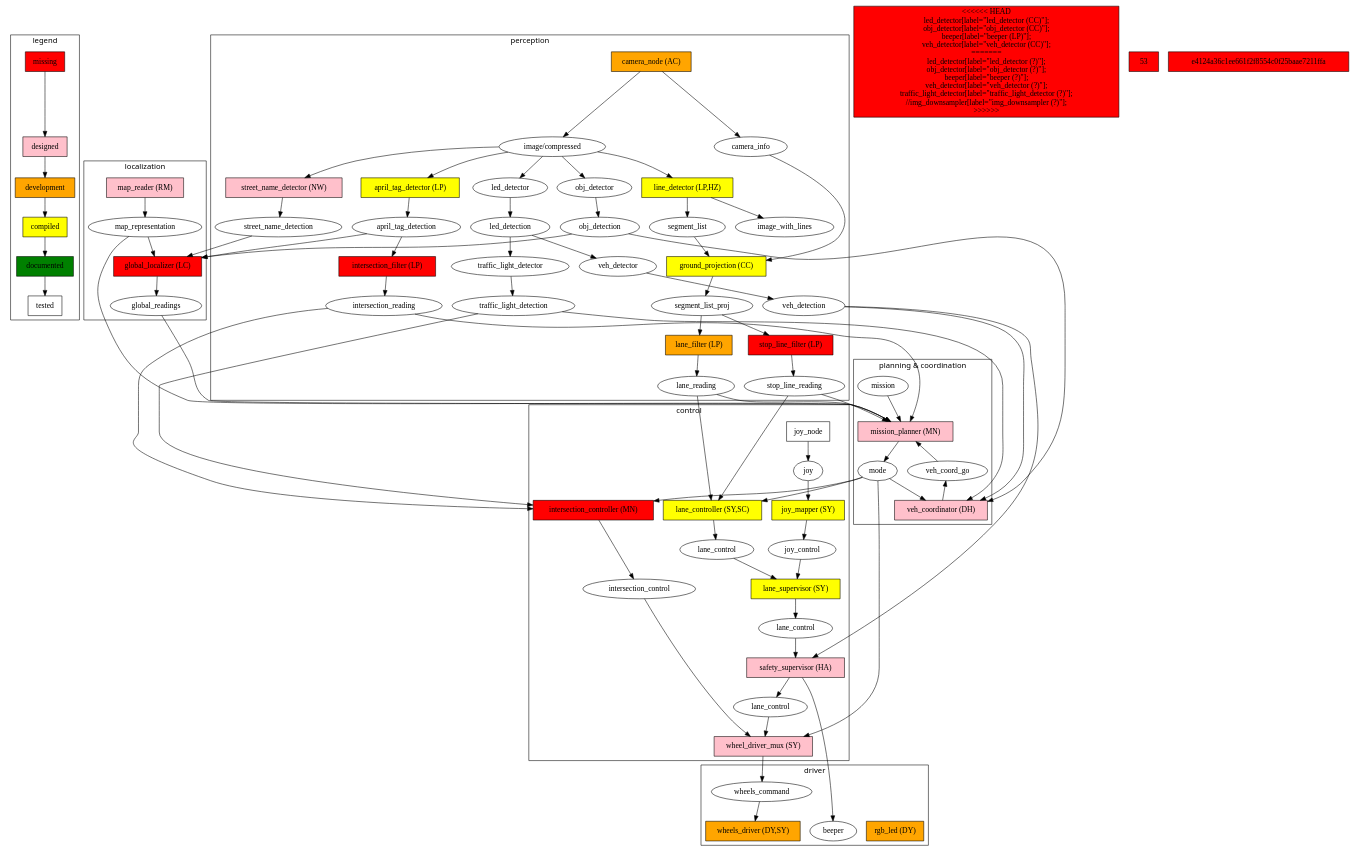
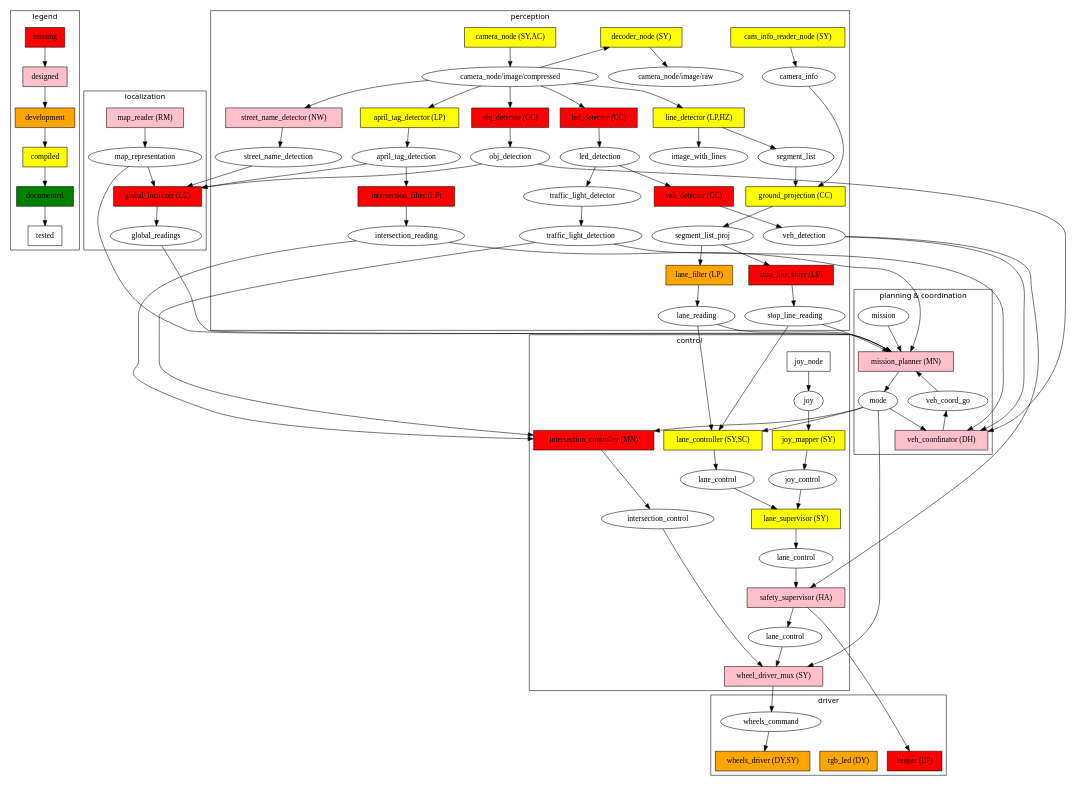
One commit to kungfrank/Knight_car changed the diagram in ros_diagram/Duckietown_ROS_Diagram.dot. Above: the diagram before and after it, drawn with Graphviz.

Commit message:
Update ros diagram for decoder_node and cam_info_reader node.

```diff
--- a/ros_diagram/Duckietown_ROS_Diagram.dot
+++ b/ros_diagram/Duckietown_ROS_Diagram.dot
@@ -29,19 +29,10 @@
 		intersection_filter[label="intersection_filter (LP)"];
 		intersection_controller[label="intersection_controller (MN)"];
 		stop_line_filter[label="stop_line_filter (LP)"];
-<<<<<<< HEAD
 		led_detector[label="led_detector (CC)"];
 		obj_detector[label="obj_detector (CC)"];
 		beeper[label="beeper (LP)"];
 		veh_detector[label="veh_detector (CC)"];
-=======
-		led_detector[label="led_detector (?)"];
-		obj_detector[label="obj_detector (?)"];
-		beeper[label="beeper (?)"];
-		veh_detector[label="veh_detector (?)"];
-		traffic_light_detector[label="traffic_light_detector (?)"];
-		//img_downsampler[label="img_downsampler (?)"];
->>>>>>> 53e4124a36c1ee661f2f8554c0f25baae7211ffa
 	}
 	subgraph node_designed{
 		node [fillcolor=pink];
@@ -56,11 +47,13 @@
 		node [fillcolor=orange];
 		wheels_driver[label="wheels_driver (DY,SY)"];
 		rgb_led[label="rgb_led (DY)"];
-		camera_node[label="camera_node (AC)"];
 		lane_filter[label="lane_filter (LP)"]; 
 	}
 	subgraph node_compiled{
 		node [fillcolor=yellow];
+		camera_node[label="camera_node (SY,AC)"];
+		decoder_node[label="decoder_node (SY)"];
+		cam_info_reader_node[label="cam_info_reader_node (SY)"];
 		lane_controller[label="lane_controller (SY,SC)"];
 		line_detector[label="line_detector (LP,HZ)"];
 		april_tag_detector[label="april_tag_detector (LP)"];
@@ -122,6 +115,8 @@
 		label="perception"
 		// Nodes
 		camera_node;
+		decoder_node;
+		cam_info_reader_node;
 		obj_detector;
 		line_detector;
 		lane_filter;
@@ -153,8 +148,11 @@
 		street_name_detection;
 		//img_low_rect;
 		//img_high_rect;
-		image_compressed[label="image/compressed"];
+		image_compressed[label="camera_node/image/compressed"];
+		image_raw[label="camera_node/image/raw"];
 		camera_info;
+		{rank=same; image_compressed;image_raw;camera_info}
+		{rank=same; decoder_node;camera_node}
 	}
 
 	subgraph cluster_control{
@@ -217,16 +215,20 @@
 	//image_proc->img_low_rect;
 	//image_proc->img_high_rect;
 
-	camera_node->camera_info;
+	//camera_node->camera_info;
 	camera_node->image_compressed;
-
+	cam_info_reader_node->camera_info;
 	//image_compressed->img_downsampler;
 	//img_downsampler->img_high;
 	//img_downsampler->img_low;
 
+
 	image_compressed->line_detector;
 	image_compressed->led_detector;
-	
+	decoder_node->image_compressed [dir=back];
+	decoder_node->image_raw;
+
+
 	image_compressed->april_tag_detector;
 	image_compressed->obj_detector;
 	image_compressed->street_name_detector;
```
